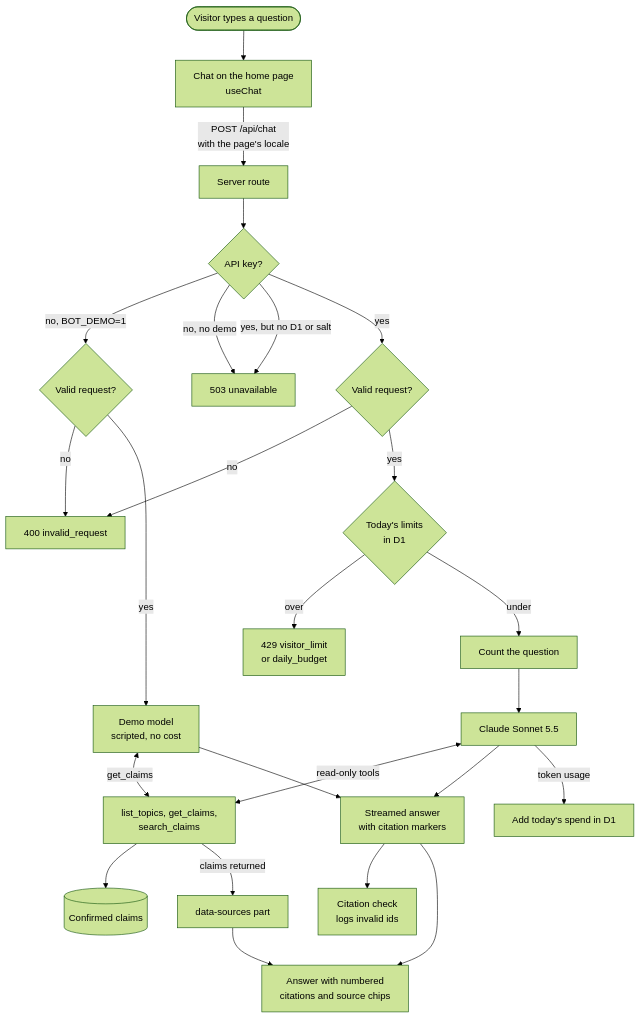
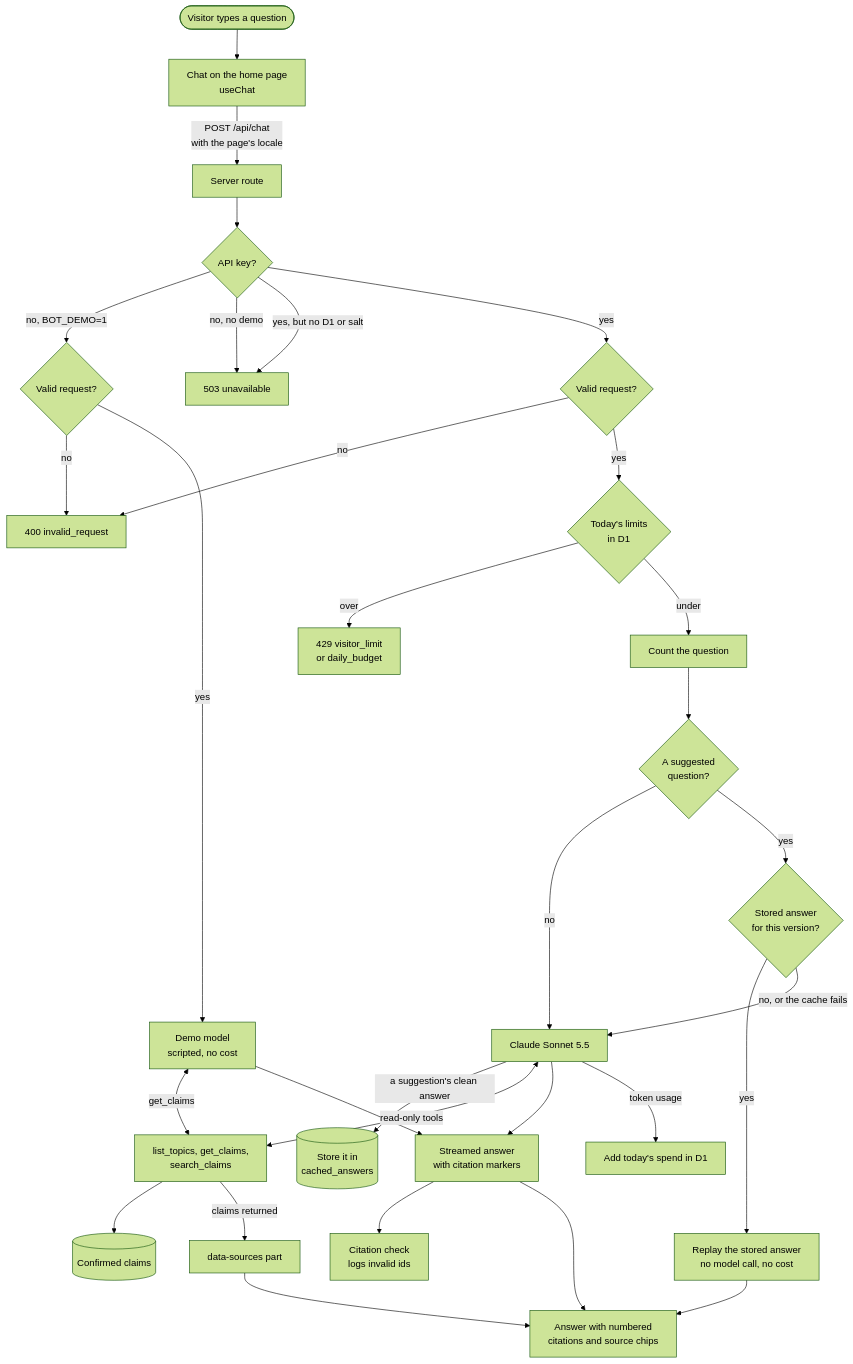
Before and after one commit to julian-palomo/julianpalomo.dev: the diagram in docs/architecture.md, drawn with Mermaid (forest theme). The commit also changed other lines of this file and 5 other files, not shown here.

Commit message:
describe the suggested questions' answer cache

````diff
--- a/docs/architecture.md
+++ b/docs/architecture.md
@@ -6,27 +6,33 @@
 ```mermaid
 flowchart TD
   visitor([Visitor types a question]) --> chat[Chat on the home page<br/>useChat]
   chat -->|POST /api/chat<br/>with the page's locale| route[Server route]
   route --> key{API key?}
   key -->|no, BOT_DEMO=1| validateDemo{Valid request?}
   key -->|no, no demo| r503[503 unavailable]
   key -->|yes, but no D1 or salt| r503
   key -->|yes| validate{Valid request?}
   validate -->|no| r400[400 invalid_request]
   validateDemo -->|no| r400
   validateDemo -->|yes| demo[Demo model<br/>scripted, no cost]
   validate -->|yes| limits{Today's limits<br/>in D1}
   limits -->|over| r429[429 visitor_limit<br/>or daily_budget]
   limits -->|under| count[Count the question]
-  count --> model[Claude Sonnet 5.5]
+  count --> suggestion{A suggested<br/>question?}
+  suggestion -->|no| model[Claude Sonnet 5.5]
+  suggestion -->|yes| cached{Stored answer<br/>for this version?}
+  cached -->|yes| replay[Replay the stored answer<br/>no model call, no cost]
+  cached -->|no, or the cache fails| model
+  model -->|a suggestion's clean answer| store[(Store it in<br/>cached_answers)]
+  replay --> render
   model <-->|read-only tools| tools[list_topics, get_claims,<br/>search_claims]
   demo <-->|get_claims| tools
   tools --> claims[(Confirmed claims)]
   tools -->|claims returned| sources[data-sources part]
   model --> stream[Streamed answer<br/>with citation markers]
   demo --> stream
   stream --> check[Citation check<br/>logs invalid ids]
   model -->|token usage| spend[Add today's spend in D1]
   stream --> render[Answer with numbered<br/>citations and source chips]
   sources --> render
 ```
````
